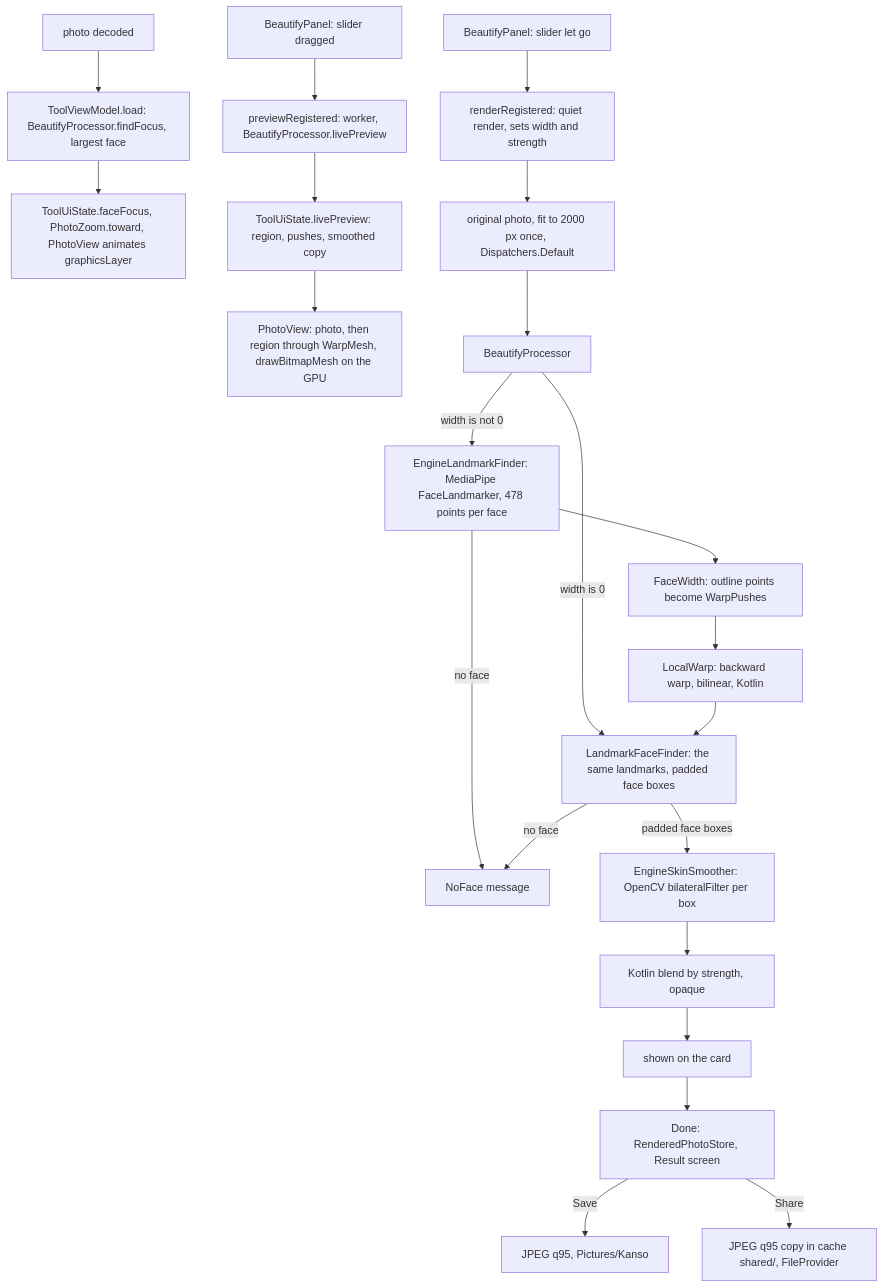
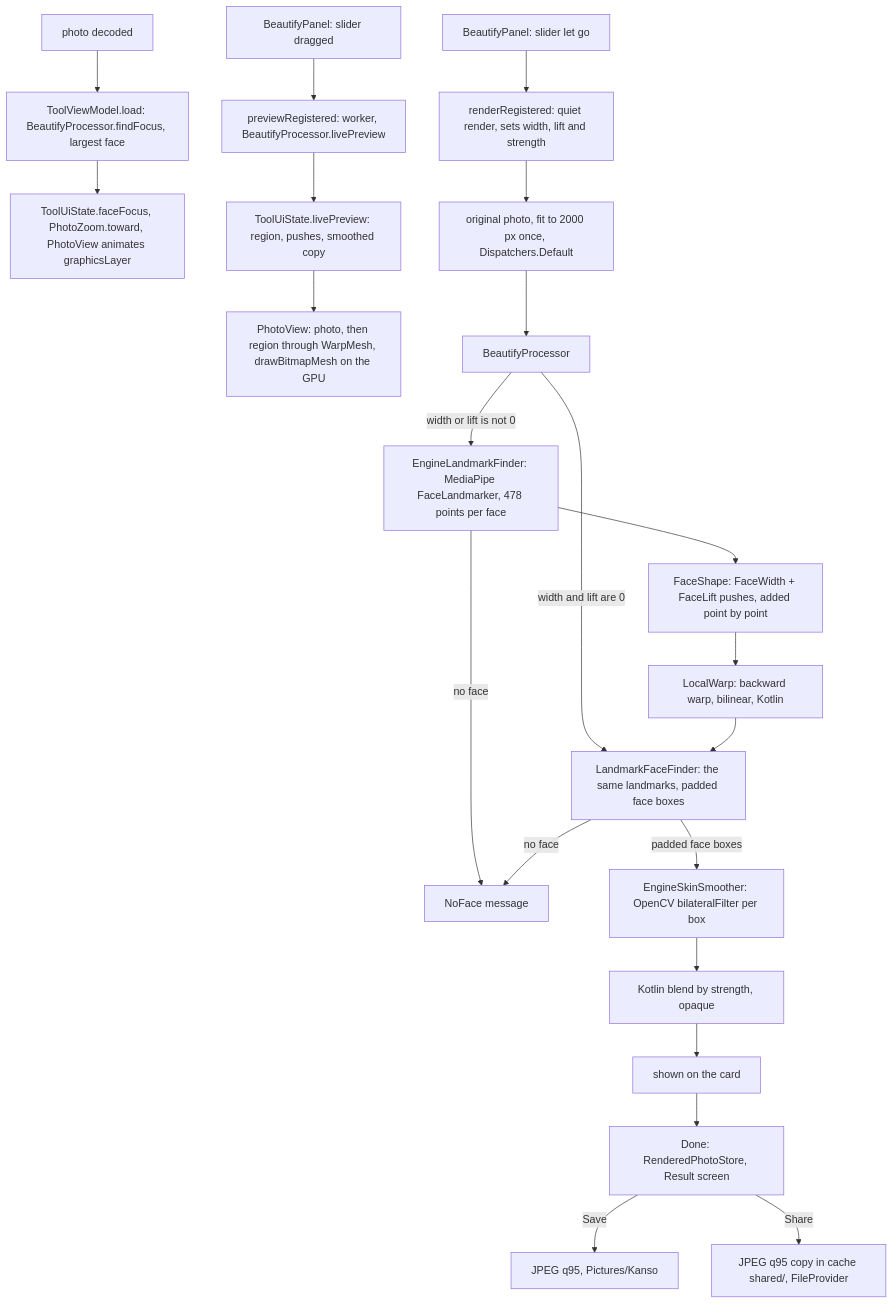
One commit to Phong-Kaster/Kanso changed the diagram in docs/features/beautify.md. Above: the diagram before and after it, drawn with Mermaid. The commit also changed other lines of this file and 16 other files, not shown here.

First line of the commit message:
feat(beautify): Face lift, the jowls and jaw raised and tightened

````diff
--- a/docs/features/beautify.md
+++ b/docs/features/beautify.md
@@ -97,24 +103,24 @@
 ```mermaid
 flowchart TD
     Z["photo decoded"] --> Z1["ToolViewModel.load: BeautifyProcessor.findFocus, largest face"]
     Z1 --> Z2["ToolUiState.faceFocus, PhotoZoom.toward, PhotoView animates graphicsLayer"]
     P["BeautifyPanel: slider dragged"] --> P1["previewRegistered: worker, BeautifyProcessor.livePreview"]
     P1 --> P2["ToolUiState.livePreview: region, pushes, smoothed copy"]
     P2 --> P3["PhotoView: photo, then region through WarpMesh, drawBitmapMesh on the GPU"]
-    A["BeautifyPanel: slider let go"] --> B["renderRegistered: quiet render, sets width and strength"]
+    A["BeautifyPanel: slider let go"] --> B["renderRegistered: quiet render, sets width, lift and strength"]
     B --> C["original photo, fit to 2000 px once, Dispatchers.Default"]
     C --> D["BeautifyProcessor"]
-    D -->|"width is 0"| E
-    D -->|"width is not 0"| W1["EngineLandmarkFinder: MediaPipe FaceLandmarker, 478 points per face"]
+    D -->|"width and lift are 0"| E
+    D -->|"width or lift is not 0"| W1["EngineLandmarkFinder: MediaPipe FaceLandmarker, 478 points per face"]
     W1 -->|"no face"| N
-    W1 --> W2["FaceWidth: outline points become WarpPushes"]
+    W1 --> W2["FaceShape: FaceWidth + FaceLift pushes, added point by point"]
     W2 --> W3["LocalWarp: backward warp, bilinear, Kotlin"]
     W3 --> E["LandmarkFaceFinder: the same landmarks, padded face boxes"]
     E -->|"no face"| N["NoFace message"]
     E -->|"padded face boxes"| F["EngineSkinSmoother: OpenCV bilateralFilter per box"]
     F --> G["Kotlin blend by strength, opaque"]
     G --> I["shown on the card"]
     I --> K["Done: RenderedPhotoStore, Result screen"]
     K -->|Save| H["JPEG q95, Pictures/Kanso"]
     K -->|Share| L["JPEG q95 copy in cache shared/, FileProvider"]
 ```
````
